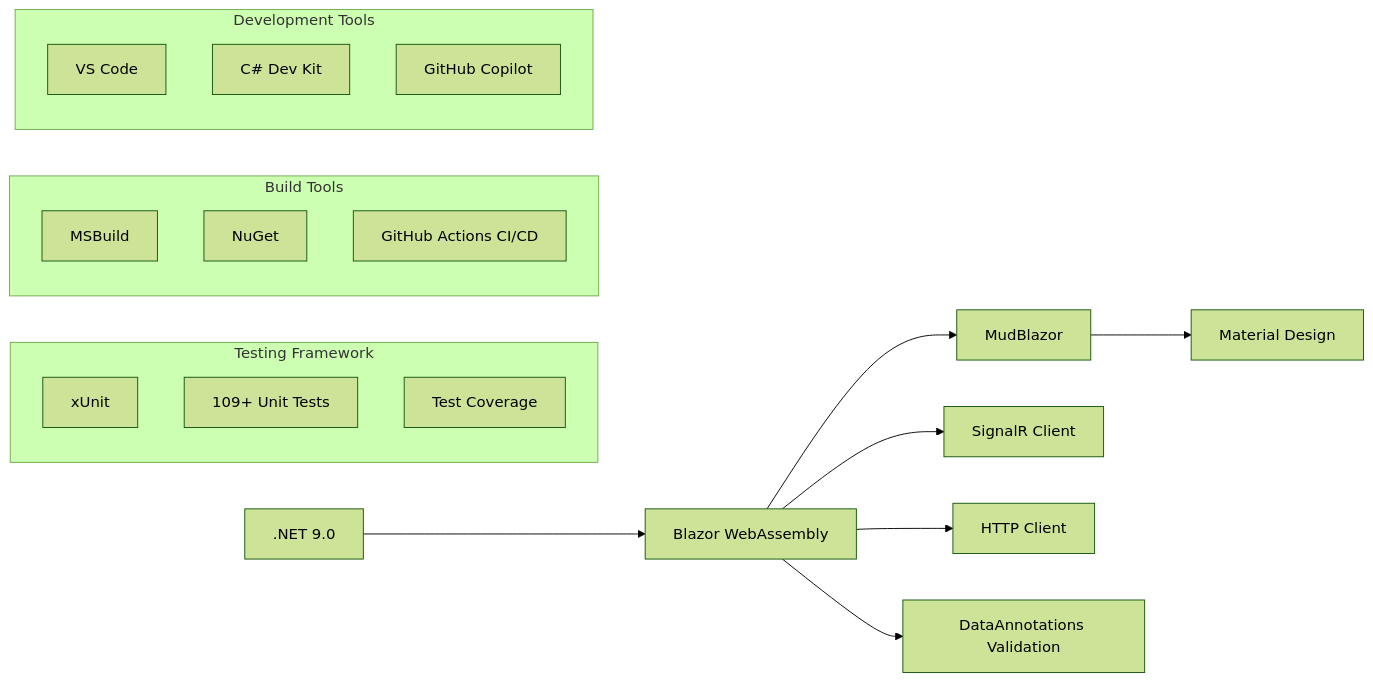
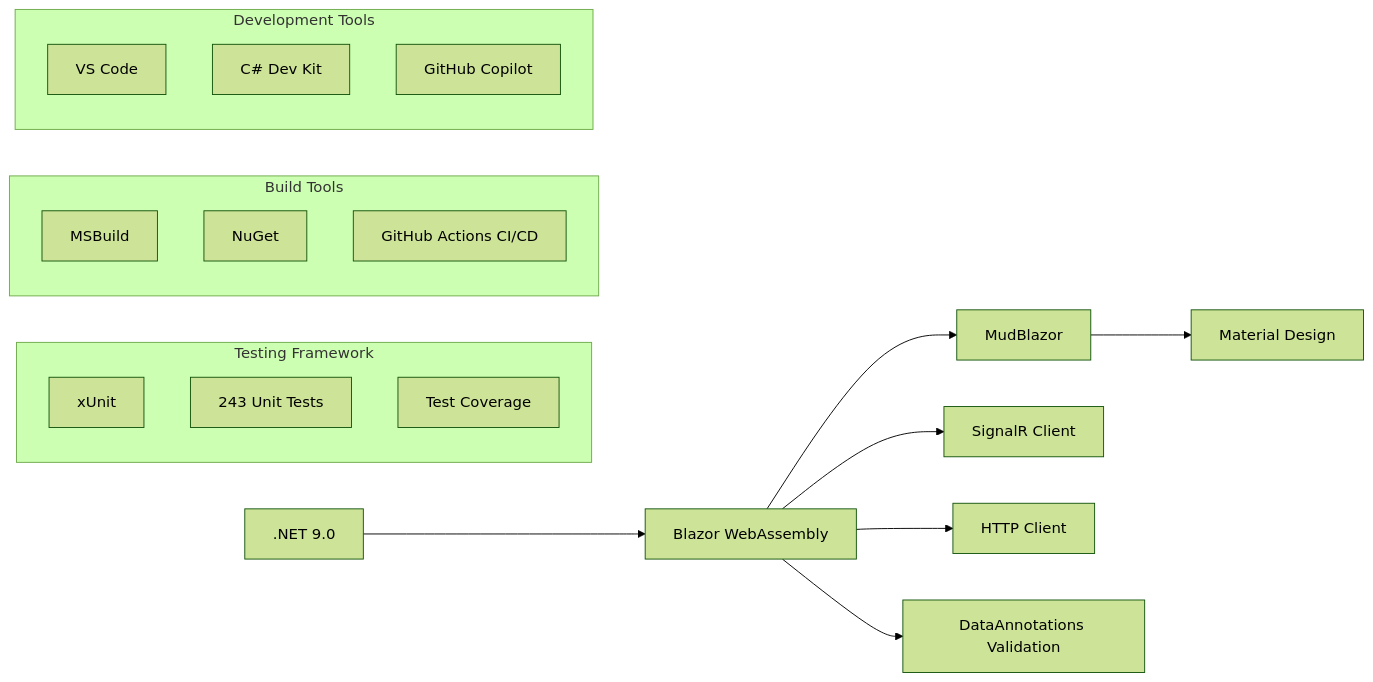
Before and after one commit to mongeon/RecettesIndex: the fifth of 13 diagrams in docs/ARCHITECTURE.md, drawn with Mermaid (forest theme). The commit also changed other lines of this file and 8 other files, not shown here.

````diff
--- a/docs/ARCHITECTURE.md
+++ b/docs/ARCHITECTURE.md
@@ -214,27 +214,27 @@
 ```mermaid
 graph LR
     A[.NET 9.0] --> B[Blazor WebAssembly]
     B --> C[MudBlazor]
     C --> D[Material Design]
     B --> E[SignalR Client]
     B --> F[HTTP Client]
     B --> G[DataAnnotations Validation]
     
     subgraph "Testing Framework"
         H[xUnit]
-        I[109+ Unit Tests]
+        I[243 Unit Tests]
         J[Test Coverage]
     end
     
     subgraph "Build Tools"
         K[MSBuild]
         L[NuGet]
         M[GitHub Actions CI/CD]
     end
     
     subgraph "Development Tools"
         N[VS Code]
         O[C# Dev Kit]
         P[GitHub Copilot]
     end
 ```
````
